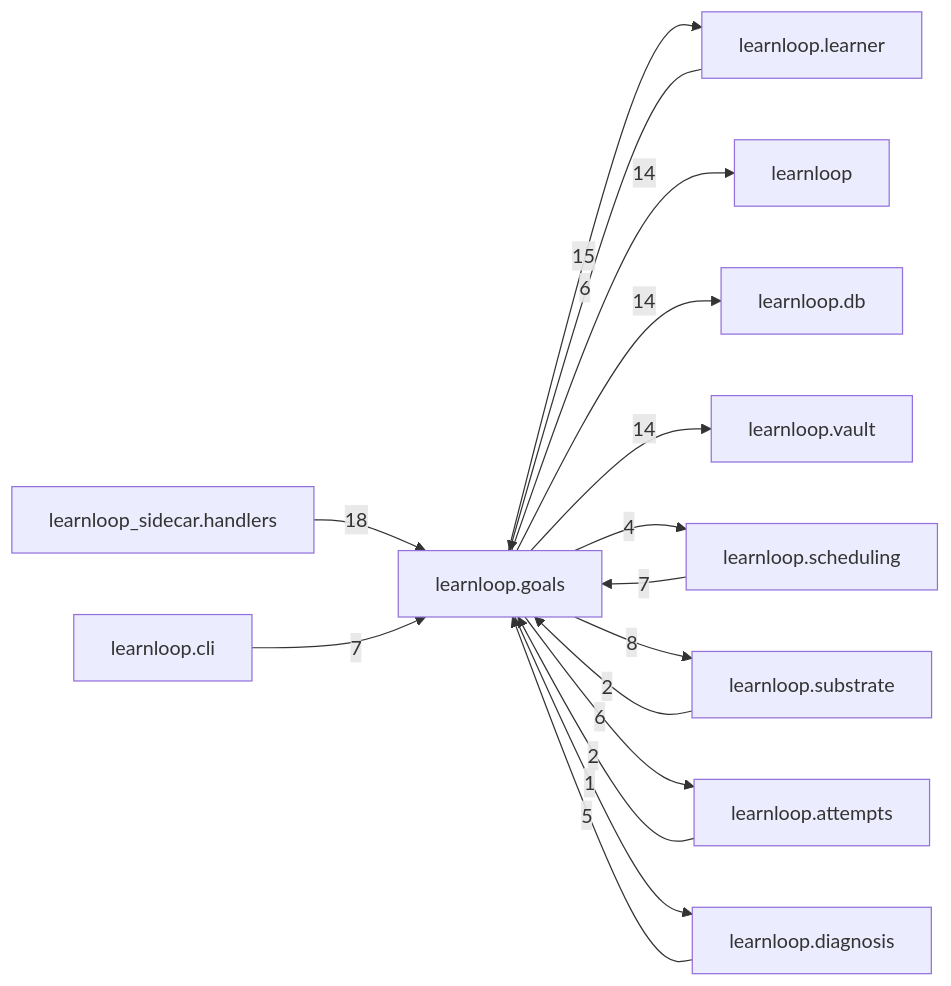
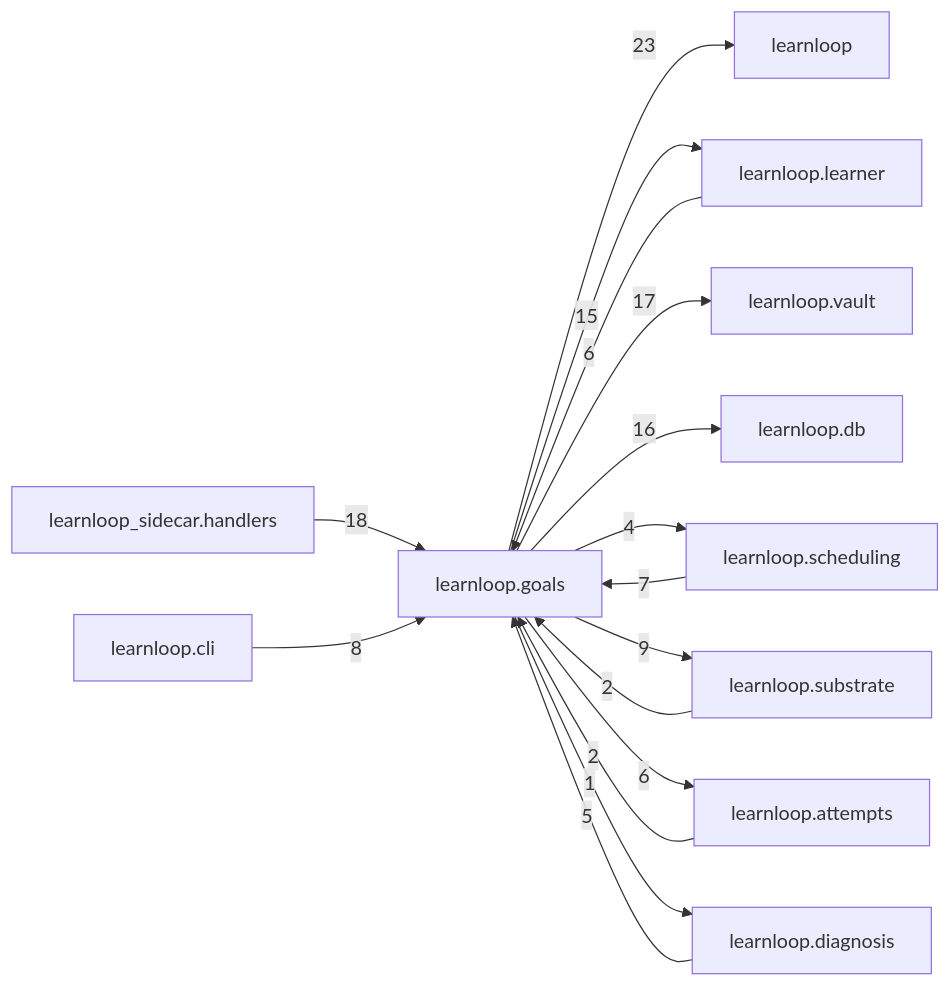
Before and after one commit to 6up-b/learnanything: the diagram in docs/learnloop-architecture-vault/Reference/Modules/learnloop/goals/_package.md, drawn with Mermaid. The commit also changed other lines of this file and 1202 other files, not shown here.

````diff
--- a/docs/learnloop-architecture-vault/Reference/Modules/learnloop/goals/_package.md
+++ b/docs/learnloop-architecture-vault/Reference/Modules/learnloop/goals/_package.md
@@ -116,29 +127,29 @@
 ```mermaid
 flowchart LR
     center["learnloop.goals"]
+    n_learnloop["learnloop"]
     n_learnloop_learner["learnloop.learner"]
     n_learnloop_sidecar_handlers["learnloop_sidecar.handlers"]
-    n_learnloop["learnloop"]
+    n_learnloop_vault["learnloop.vault"]
     n_learnloop_db["learnloop.db"]
-    n_learnloop_vault["learnloop.vault"]
     n_learnloop_scheduling["learnloop.scheduling"]
     n_learnloop_substrate["learnloop.substrate"]
     n_learnloop_attempts["learnloop.attempts"]
     n_learnloop_cli["learnloop.cli"]
     n_learnloop_diagnosis["learnloop.diagnosis"]
+    center -->|23| n_learnloop
     n_learnloop_learner -->|6| center
     center -->|15| n_learnloop_learner
     n_learnloop_sidecar_handlers -->|18| center
-    center -->|14| n_learnloop
-    center -->|14| n_learnloop_db
-    center -->|14| n_learnloop_vault
+    center -->|17| n_learnloop_vault
+    center -->|16| n_learnloop_db
     n_learnloop_scheduling -->|7| center
     center -->|4| n_learnloop_scheduling
     n_learnloop_substrate -->|2| center
-    center -->|8| n_learnloop_substrate
+    center -->|9| n_learnloop_substrate
     n_learnloop_attempts -->|2| center
     center -->|6| n_learnloop_attempts
-    n_learnloop_cli -->|7| center
+    n_learnloop_cli -->|8| center
     n_learnloop_diagnosis -->|5| center
     center -->|1| n_learnloop_diagnosis
 ```
````
